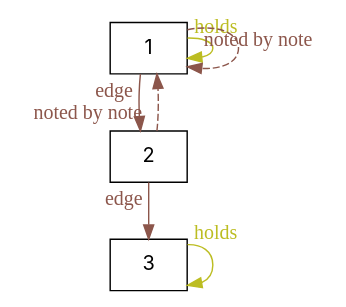
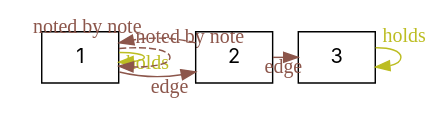
One commit to agutikov/ein changed the diagram in docs/ein/reasoning/02-kb-evolution/diagrams/02-note-fixpoint.dot. Above: the diagram before and after it, drawn with Graphviz. The commit also changed 29 other files, not shown here.

```diff
--- a/docs/ein/reasoning/02-kb-evolution/diagrams/02-note-fixpoint.dot
+++ b/docs/ein/reasoning/02-kb-evolution/diagrams/02-note-fixpoint.dot
@@ -1,11 +1,13 @@
 digraph kb {
   rankdir=TB;
   ranksep=0.55;
   node [fontname="Inter", shape=box];
-  "1" -> "2" [xlabel="edge", color="#8c564b", fontcolor="#8c564b", style=solid];
-  "2" -> "3" [xlabel="edge", color="#8c564b", fontcolor="#8c564b", style=solid];
-  "1" -> "1" [xlabel="holds", color="#bcbd22", fontcolor="#bcbd22", style=solid];
-  "3" -> "3" [xlabel="holds", color="#bcbd22", fontcolor="#bcbd22", style=solid];
-  "1" -> "1" [xlabel="noted by note", color="#8c564b", fontcolor="#8c564b", style=dashed];
-  "2" -> "1" [xlabel="noted by note", color="#8c564b", fontcolor="#8c564b", style=dashed];
+  "1" -> "2" [xlabel="edge", color="#8c564b", fontcolor="#8c564b", style=solid, constraint=false];
+  "2" -> "3" [xlabel="edge", color="#8c564b", fontcolor="#8c564b", style=solid, constraint=false];
+  "1" -> "1" [xlabel="holds", color="#bcbd22", fontcolor="#bcbd22", style=solid, constraint=false];
+  "3" -> "3" [xlabel="holds", color="#bcbd22", fontcolor="#bcbd22", style=solid, constraint=false];
+  "1" -> "1" [xlabel="noted by note", color="#8c564b", fontcolor="#8c564b", style=dashed, constraint=false];
+  "2" -> "1" [xlabel="noted by note", color="#8c564b", fontcolor="#8c564b", style=dashed, constraint=false];
+  "layer 0" [style=invis, label="", width=0, height=0, fixedsize=true];
+  { rank=same; "layer 0"; "1"; "2"; "3"; }
 }
```
